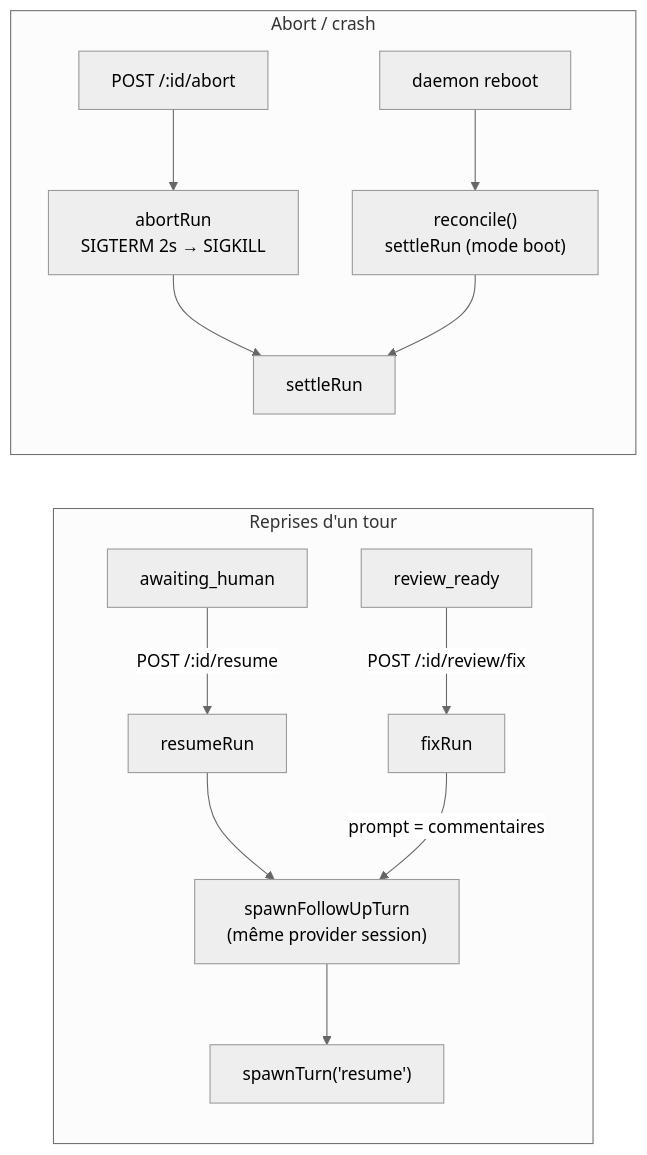
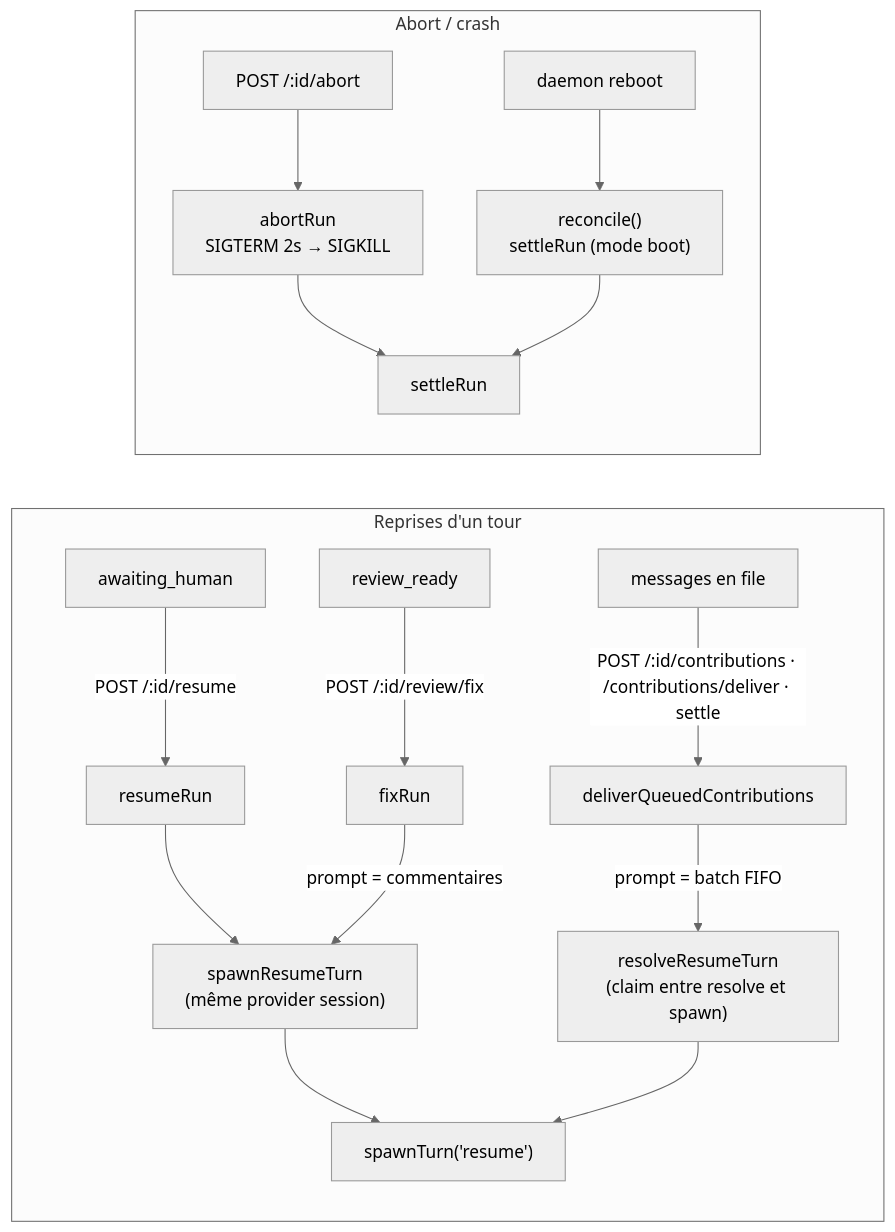
Before and after one commit to alimtunc/otomat: the second of 3 diagrams in docs/ai/run-lifecycle.md, drawn with Mermaid (neutral theme). The commit also changed other lines of this file and 80 other files, not shown here.

````diff
--- a/docs/ai/run-lifecycle.md
+++ b/docs/ai/run-lifecycle.md
@@ -51,18 +51,21 @@
 ```mermaid
 flowchart LR
     subgraph T["Reprises d'un tour"]
       direction TB
       A["awaiting_human"] -->|POST /:id/resume| resumeRun
       B["review_ready"] -->|POST /:id/review/fix| fixRun
-      resumeRun --> sft["spawnFollowUpTurn<br/>(même provider session)"]
+      C["messages en file"] -->|POST /:id/contributions · /contributions/deliver · settle| deliver["deliverQueuedContributions"]
+      resumeRun --> sft["spawnResumeTurn<br/>(même provider session)"]
       fixRun -->|prompt = commentaires| sft
       sft --> spawnTurn["spawnTurn('resume')"]
+      deliver -->|prompt = batch FIFO| rrt["resolveResumeTurn<br/>(claim entre resolve et spawn)"]
+      rrt --> spawnTurn
     end
     subgraph AB["Abort / crash"]
       direction TB
       X["POST /:id/abort"] --> abortRun["abortRun<br/>SIGTERM 2s → SIGKILL"]
       Y["daemon reboot"] --> reconcile["reconcile()<br/>settleRun (mode boot)"]
       abortRun --> settle["settleRun"]
       reconcile --> settle
     end
 ```
````
